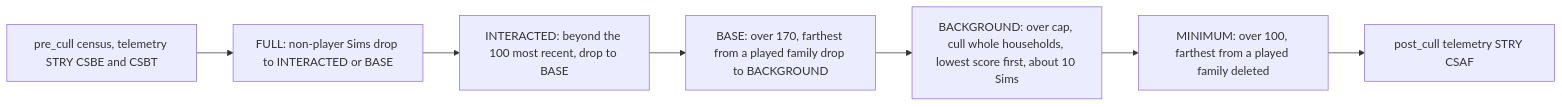
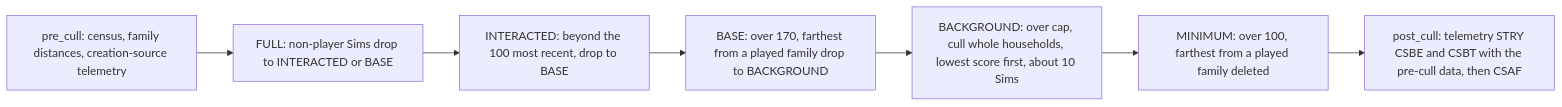
The second of 3 diagrams in src/4.02-story-progression-townies.md (sudo-ezekiel/how-the-sims-4-works), drawn with Mermaid before and after one commit. The commit also changed other lines of this file and 60 other files, not shown here.

````diff
--- a/src/4.02-story-progression-townies.md
+++ b/src/4.02-story-progression-townies.md
@@ -348,9 +392,9 @@
 ```mermaid
 flowchart LR
-  P[pre_cull census, telemetry STRY CSBE and CSBT] --> F[FULL: non-player Sims drop to INTERACTED or BASE]
+  P[pre_cull: census, family distances, creation-source telemetry] --> F[FULL: non-player Sims drop to INTERACTED or BASE]
   F --> I[INTERACTED: beyond the 100 most recent, drop to BASE]
   I --> B[BASE: over 170, farthest from a played family drop to BACKGROUND]
   B --> G[BACKGROUND: over cap, cull whole households, lowest score first, about 10 Sims]
   G --> M[MINIMUM: over 100, farthest from a played family deleted]
-  M --> T[post_cull telemetry STRY CSAF]
+  M --> T[post_cull: telemetry STRY CSBE and CSBT with the pre-cull data, then CSAF]
 ```
````
